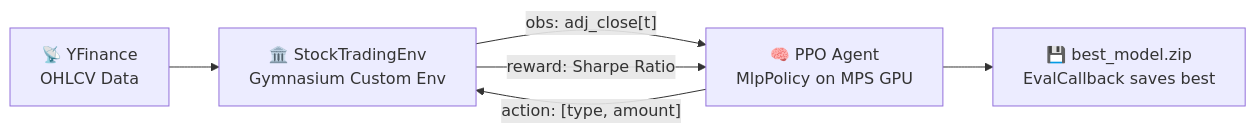
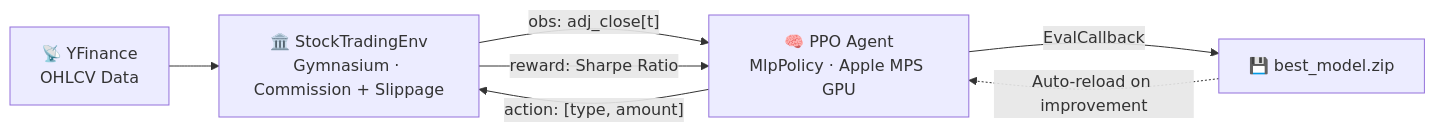
Before and after one commit to Alouakhalid/Alouakhalid: the first of 4 diagrams in README.md, drawn with Mermaid. The commit also changed other lines of this file, not shown here.

````diff
--- a/README.md
+++ b/README.md
@@ -77,8 +120,9 @@
 ```mermaid
 flowchart LR
-    A["📡 YFinance\nOHLCV Data"] --> B["🏛️ StockTradingEnv\nGymnasium Custom Env"]
-    B -->|"obs: adj_close[t]"| C["🧠 PPO Agent\nMlpPolicy on MPS GPU"]
+    A["📡 YFinance\nOHLCV Data"] --> B["🏛️ StockTradingEnv\nGymnasium · Commission + Slippage"]
+    B -->|"obs: adj_close[t]"| C["🧠 PPO Agent\nMlpPolicy · Apple MPS GPU"]
     C -->|"action: [type, amount]"| B
     B -->|"reward: Sharpe Ratio"| C
-    C --> D["💾 best_model.zip\nEvalCallback saves best"]
+    C -->|"EvalCallback"| D["💾 best_model.zip"]
+    D -.->|"Auto-reload on improvement"| C
 ```
````
